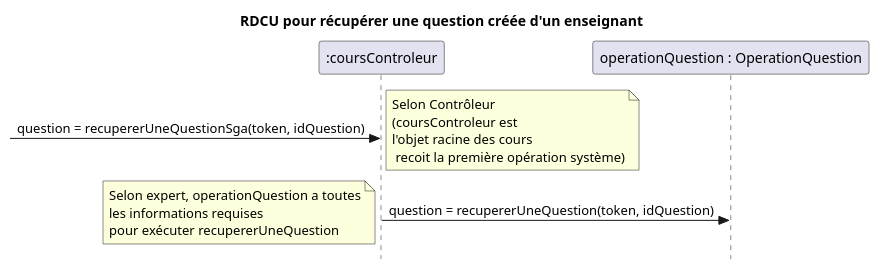
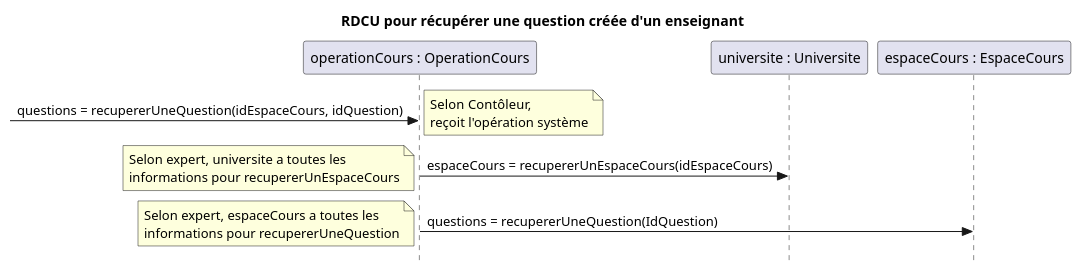
Before and after one commit to nerdz88/SGA-TS: the second of 2 diagrams in docs/Récupérer question/RDCU_Recuperer_Question.puml, drawn with PlantUML. The commit also changed other lines of this file and 39 other files, not shown here.

```diff
--- a/docs/Récupérer question/RDCU_Recuperer_Question.puml
+++ b/docs/Récupérer question/RDCU_Recuperer_Question.puml
@@ -14,11 +19,15 @@
 @startuml recupererUneQuestion
 skinparam style strictuml
 skinparam defaultfontname Verdana
 title RDCU pour récupérer une question créée d'un enseignant
-participant ":coursControleur" as controleur
-participant "operationQuestion : OperationQuestion" as mapCours
-->controleur : question = recupererUneQuestionSga(token, idQuestion)
-note right : Selon Contrôleur\n(coursControleur est\nl'objet racine des cours\n recoit la première opération système)
-controleur -> mapCours : question = recupererUneQuestion(token, idQuestion)
-note left : Selon expert, operationQuestion a toutes\nles informations requises\npour exécuter recupererUneQuestion
+participant "operationCours : OperationCours" as opCours
+participant "universite : Universite" as universite
+participant "espaceCours : EspaceCours" as cours
+
+->opCours : questions = recupererUneQuestion(idEspaceCours, idQuestion)
+note left : Selon Contôleur,\nreçoit l'opération système
+opCours -> universite : espaceCours = recupererUnEspaceCours(idEspaceCours)
+note left : Selon expert, universite a toutes les\ninformations pour recupererUnEspaceCours
+opCours -> cours : questions = recupererUneQuestion(IdQuestion)
+note left : Selon expert, espaceCours a toutes les\ninformations pour recupererUneQuestion
 @enduml
```
